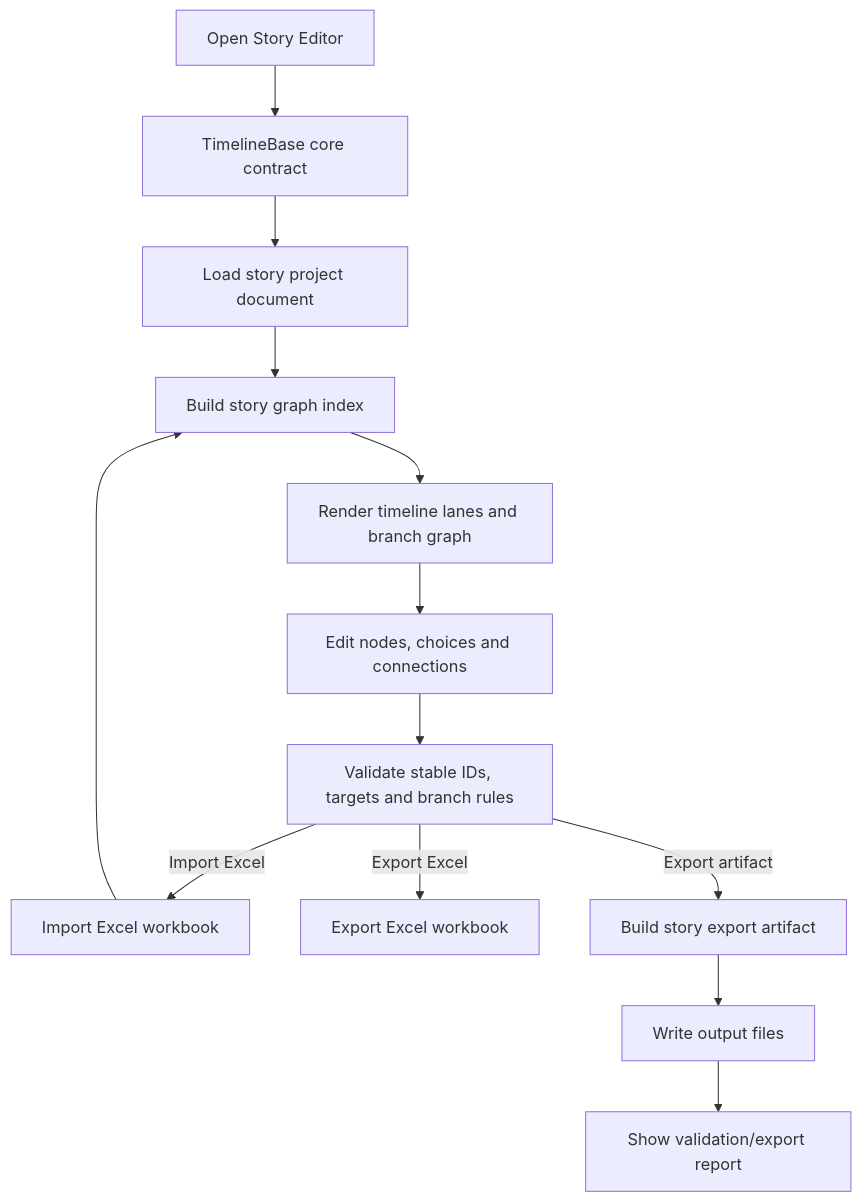
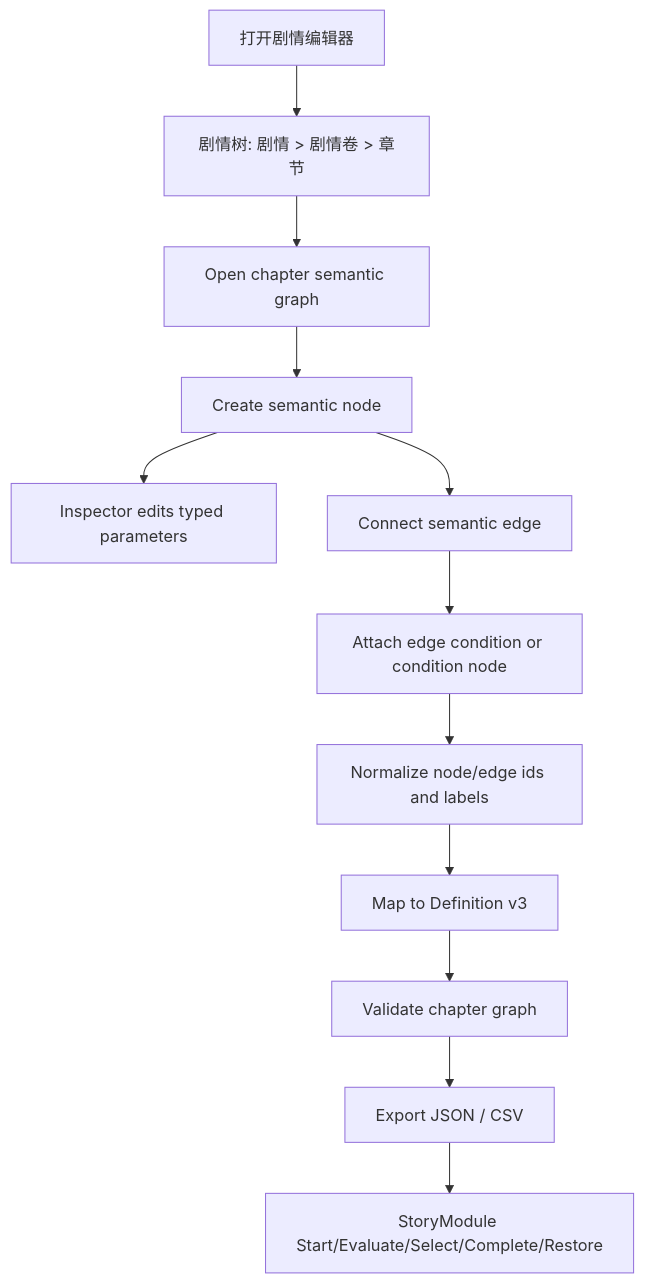
One commit to zy-game/GameDeveloperKit changed the diagram in .codestable/features/2026-06-18-story-editor/story-editor-design.md. Above: the diagram before and after it, drawn with Mermaid. The commit also changed other lines of this file and 1107 other files, not shown here.

````diff
--- a/.codestable/features/2026-06-18-story-editor/story-editor-design.md
+++ b/.codestable/features/2026-06-18-story-editor/story-editor-design.md
@@ -147,20 +230,21 @@
 ```mermaid
 flowchart TD
-    Open["Open Story Editor"]
-    Core["TimelineBase core contract"]
-    Load["Load story project document"]
-    Index["Build story graph index"]
-    Render["Render timeline lanes and branch graph"]
-    Edit["Edit nodes, choices and connections"]
-    Validate["Validate stable IDs, targets and branch rules"]
-    Import["Import Excel workbook"]
-    Export["Export Excel workbook"]
-    Build["Build story export artifact"]
-    Write["Write output files"]
-    Report["Show validation/export report"]
+    Open["打开剧情编辑器"]
+    Tree["剧情树: 剧情 > 剧情卷 > 章节"]
+    Graph["Open chapter semantic graph"]
+    Create["Create semantic node"]
+    Params["Inspector edits typed parameters"]
+    Edge["Connect semantic edge"]
+    Condition["Attach edge condition or condition node"]
+    Normalize["Normalize node/edge ids and labels"]
+    Map["Map to Definition v3"]
+    Validate["Validate chapter graph"]
+    Export["Export JSON / CSV"]
+    Runtime["StoryModule Start/Evaluate/Select/Complete/Restore"]
 
-    Open --> Core --> Load --> Index --> Render --> Edit --> Validate
-    Validate -->|Import Excel| Import --> Index
-    Validate -->|Export Excel| Export
-    Validate -->|Export artifact| Build --> Write --> Report
+    Open --> Tree --> Graph --> Create
+    Create --> Params
+    Create --> Edge
+    Edge --> Condition
+    Condition --> Normalize --> Map --> Validate --> Export --> Runtime
 ```
````
